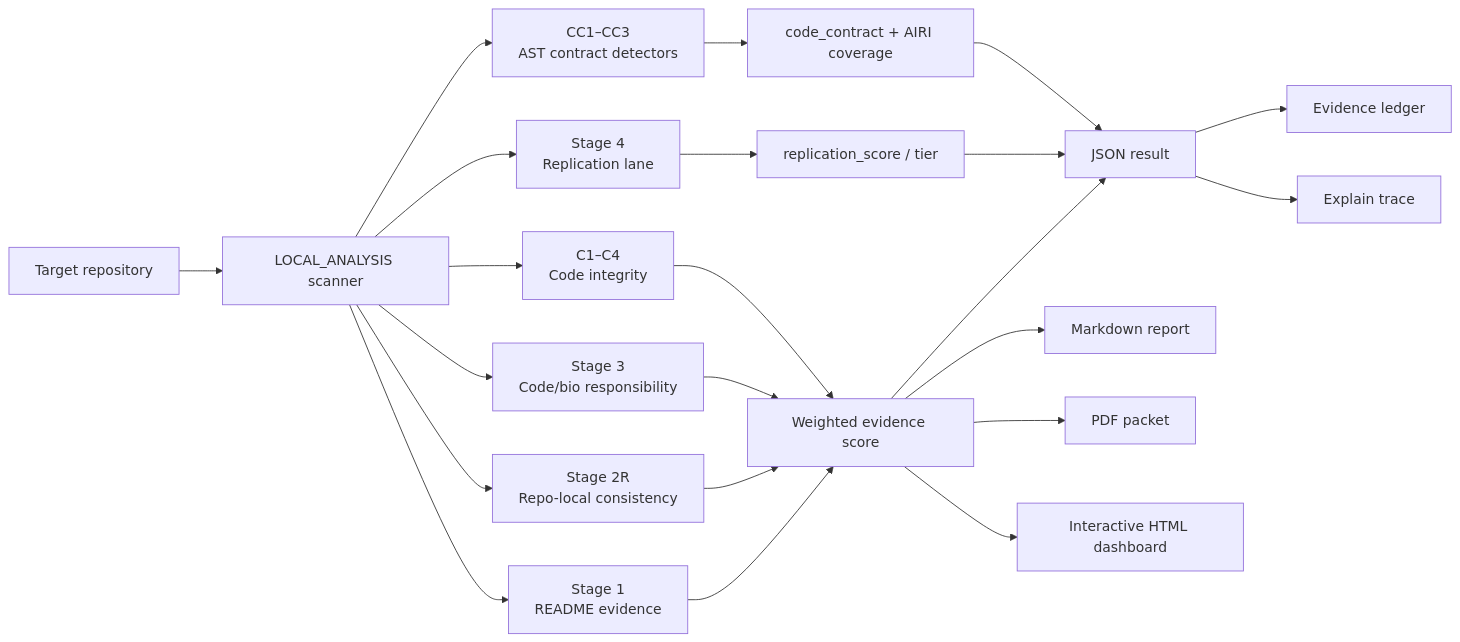
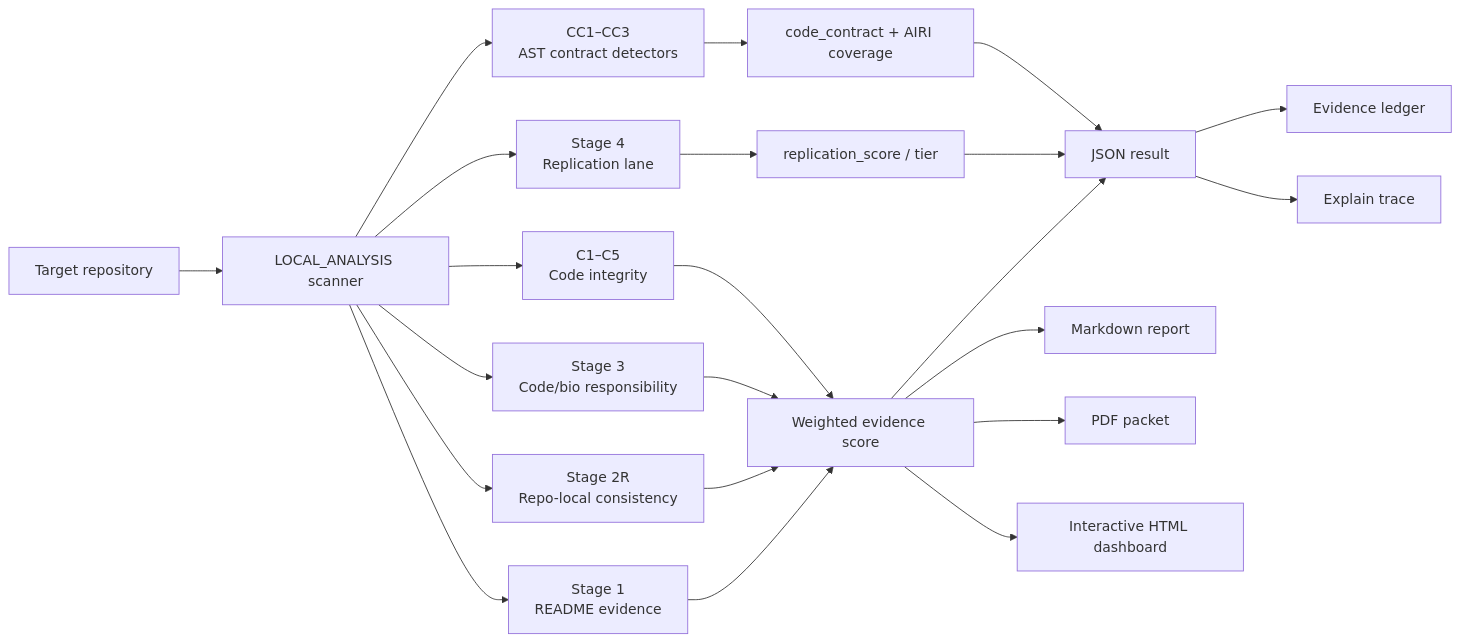
One commit to flamehaven01/STEM-BIO-AI changed the diagram in README.md. Above: the diagram before and after it, drawn with Mermaid. The commit also changed other lines of this file and 5 other files, not shown here.

````diff
--- a/README.md
+++ b/README.md
@@ -135,24 +135,24 @@
 ```mermaid
 flowchart LR
     A[Target repository] --> B[LOCAL_ANALYSIS scanner]
     B --> C[Stage 1\nREADME evidence]
     B --> D[Stage 2R\nRepo-local consistency]
     B --> E[Stage 3\nCode/bio responsibility]
     B --> F[Stage 4\nReplication lane]
-    B --> K[C1–C4\nCode integrity]
+    B --> K[C1–C5\nCode integrity]
     B --> CC[CC1–CC3\nAST contract detectors]
     C --> G[Weighted evidence score]
     D --> G
     E --> G
     K --> G
     CC --> R[code_contract + AIRI coverage]
     F --> H[replication_score / tier]
     G --> I[JSON result]
     H --> I
     R --> I
     I --> L[Evidence ledger]
     I --> M[Explain trace]
     G --> N[Markdown report]
     G --> O[PDF packet]
     G --> P[Interactive HTML dashboard]
 ```
````
